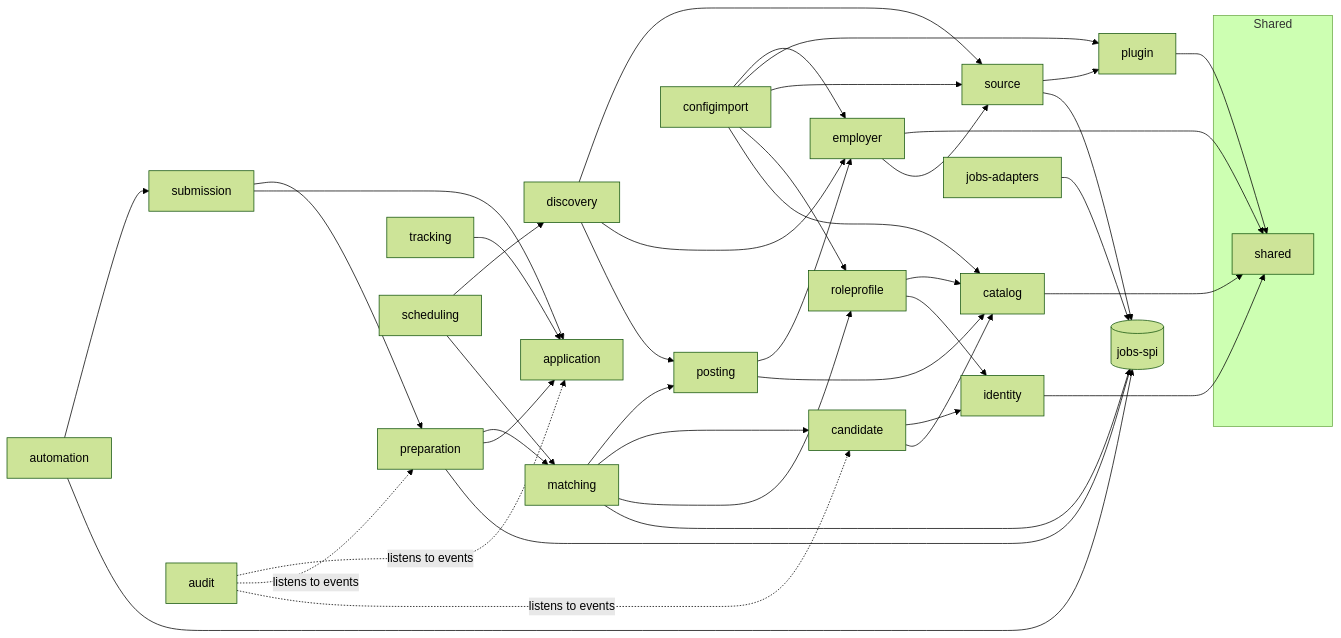
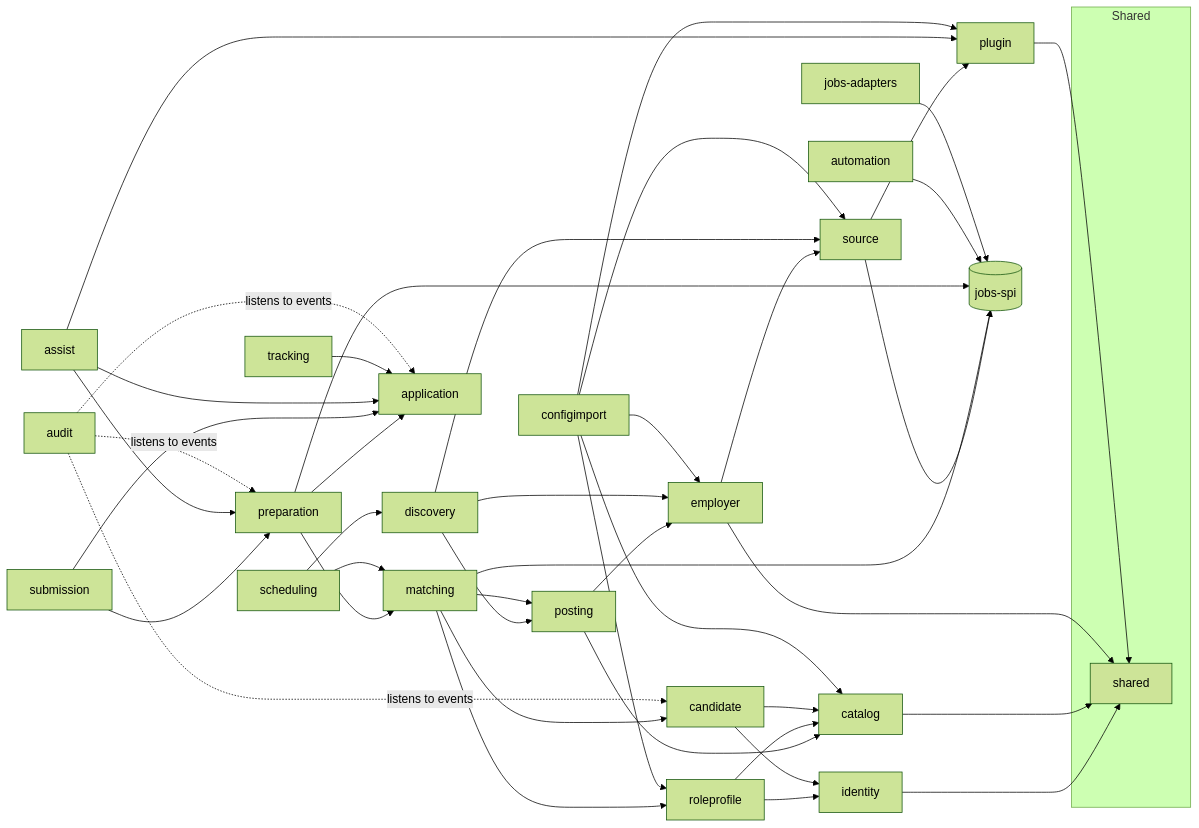
The first of 2 diagrams in docs/architecture/README.md (Darpan-Balar/JobsApply), drawn with Mermaid (forest theme) before and after one commit. The commit also changed other lines of this file and 57 other files, not shown here.

````diff
--- a/docs/architecture/README.md
+++ b/docs/architecture/README.md
@@ -99,46 +99,48 @@
 ```mermaid
 flowchart LR
   subgraph Shared
     shared
   end
   identity --> shared
   catalog --> shared
   employer --> shared
   employer --> source
   source --> plugin
   plugin --> shared
   posting --> employer
   posting --> catalog
   discovery --> source
   discovery --> employer
   discovery --> posting
   roleprofile --> catalog
   roleprofile --> identity
   candidate --> identity
   candidate --> catalog
   matching --> posting
   matching --> candidate
   matching --> roleprofile
   preparation --> matching
   preparation --> application
   submission --> preparation
   submission --> application
-  automation --> submission
+  assist --> application
+  assist --> preparation
+  assist --> plugin
   tracking --> application
   scheduling --> discovery
   scheduling --> matching
   configimport --> employer
   configimport --> plugin
   configimport --> source
   configimport --> roleprofile
   configimport --> catalog
   audit -. listens to events .-> application
   audit -. listens to events .-> preparation
   audit -. listens to events .-> candidate
   SPI[(jobs-spi)]
   source --> SPI
   matching --> SPI
   preparation --> SPI
   automation --> SPI
   ADP[jobs-adapters] --> SPI
 ```
````
